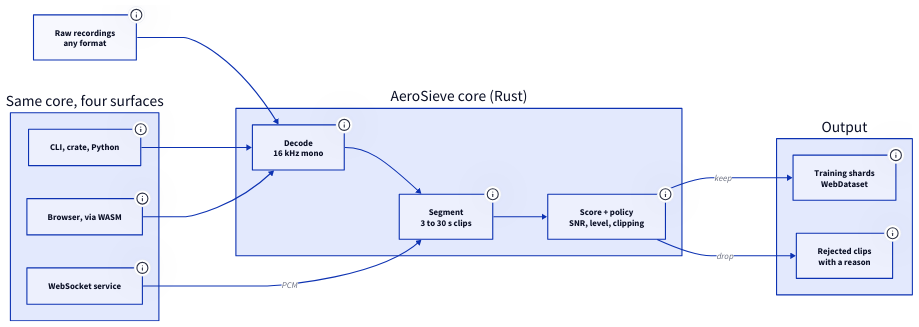
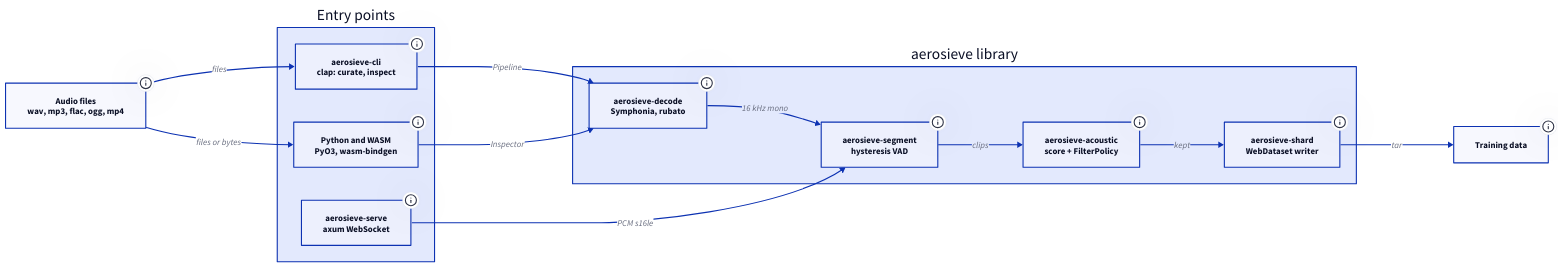
One commit to kunalgoesbyken/portfoliov1 changed the diagram in data/projects/diagrams/aerosieve-pipeline.d2. Above: the diagram before and after it, drawn with D2. The commit also changed 54 other files, not shown here.

Commit message:
Describe each architecture from its codebase, add stack logos, drop redundant stats and card styling

```diff
--- a/data/projects/diagrams/aerosieve-pipeline.d2
+++ b/data/projects/diagrams/aerosieve-pipeline.d2
@@ -1,58 +1,57 @@
 direction: right
 
-surfaces: Same core, four surfaces {
+audio: Audio files\nwav, mp3, flac, ogg, mp4 {
+  class: external
+  tooltip: "Recordings from any source. Real corpora are full of silence, hiss, clipping, test tones and phone-line audio."
+}
+
+entry: Entry points {
   class: zone
-  batch: CLI, crate, Python {
+  cli: aerosieve-cli\nclap: curate, inspect {
     class: client
-    tooltip: "aerosieve-cli on crates.io, the Rust library, and PyO3 bindings for Python. Batch runs inspect files in parallel with rayon and write results in input order, so shards are byte-identical to a single-threaded run."
+    tooltip: "The aerosieve binary. curate writes shards and prints rejection counts by reason. inspect prints one verdict per clip and writes nothing. --policy loads threshold overrides from JSON."
   }
-  live: WebSocket service {
+  bindings: Python and WASM\nPyO3, wasm-bindgen {
     class: client
-    tooltip: "axum and tokio. Memory per session is bounded by the utterance in progress, and sessions and frame sizes are capped. It held 1,000 concurrent streams on a 4-core laptop with verdicts at 14.8 ms p95 and zero failures."
+    tooltip: "bindings/python (inspect and curate, built with maturin) and bindings/wasm (the browser demo). The WASM build decodes and scores once, then re-applies a policy to stored measurements on every slider move."
   }
-  wasm: Browser, via WASM {
+  serve: aerosieve-serve\naxum WebSocket {
     class: client
-    tooltip: "Decode, segment and score compiled to a 1.7 MB WebAssembly module. Audio never leaves the page, and moving a threshold re-applies the policy to stored measurements without decoding again."
+    tooltip: "Serves /v1/stream, /metrics and /healthz. Each session holds a LiveInspector. Sessions, utterance length, frame size and idle time are capped, and a hand-written histogram tracks decision latency."
   }
 }
 
-audio: Raw recordings\nany format {
-  class: external
-  tooltip: "wav, mp3, flac, ogg or mp4 from any source. Real corpora are full of silence, hiss, clipping, test tones and phone-line audio."
+core: aerosieve library {
+  class: zone
+  decode: aerosieve-decode\nSymphonia, rubato {
+    class: service
+    tooltip: "Decodes any container Symphonia can read, downmixes, resamples to 16 kHz and levels RMS toward -20 dBFS within 3 dB. It keeps the applied gain so full_scale() can recover the source's own peak."
+  }
+  segment: aerosieve-segment\nhysteresis VAD {
+    class: service
+    tooltip: "A SpeechDetector scores each 32 ms window. EnergyDetector is the default and Silero via ONNX Runtime is a cargo feature. A state machine ends a clip after 500 ms of quiet, keeps 3 to 30 s, and cuts long runs at their deepest dip."
+  }
+  acoustic: aerosieve-acoustic\nscore + FilterPolicy {
+    class: service
+    tooltip: "score returns WADA-SNR, RMS dBFS, clip ratio and spectral flatness, with no ML model. FilterPolicy::evaluate returns the first failing RejectReason, or none if the clip is kept."
+  }
+  shard: aerosieve-shard\nWebDataset writer {
+    class: service
+    tooltip: "Writes each kept clip as a .wav and .json pair in shard-*.tar, plus manifest.jsonl and stats.json. Shards are built in a staging directory and renamed into the output directory when complete."
+  }
+  decode -> segment: 16 kHz mono
+  segment -> acoustic: clips
+  acoustic -> shard: kept
 }
 
-core: AeroSieve core (Rust) {
-  class: zone
-  decode: Decode\n16 kHz mono {
-    class: service
-    tooltip: "Converts to 16 kHz mono and levels loudness, but remembers the source full scale. Without that, leveling hid clipping; the benchmark caught this bug."
-  }
-  segment: Segment\n3 to 30 s clips {
-    class: service
-    tooltip: "A hysteresis state machine modelled on Silero speech timestamps: start above one threshold, continue above a lower one, end after 500 ms of quiet. Bridging short pauses raised kept Hindi speech from 16.4 to 25.6 minutes. Batch mode is this same streaming segmenter fed the whole file."
-  }
-  score: Score + policy\nSNR, level, clipping {
-    class: service
-    tooltip: "Four deterministic numbers with no ML model: WADA-SNR, RMS level, clip ratio and spectral flatness over 300 to 3400 Hz. Measurement and judgement are separate, so thresholds change without re-reading audio."
-  }
-  decode -> segment -> score
+out: Training data {
+  class: store
+  tooltip: "shard-*.tar, manifest.jsonl and stats.json in the output directory. Only kept clips are stored. Rejection reasons are counted in the run totals and shown per clip by inspect and the live service."
 }
 
-out: Output {
-  class: zone
-  shards: Training shards\nWebDataset {
-    class: store
-    tooltip: "Tar shards with audio plus JSON per clip, a manifest.jsonl and stats.json, ready for a training data loader."
-  }
-  rejects: Rejected clips\nwith a reason {
-    class: store
-    tooltip: "Every dropped clip names its first failing check: low_snr, clipping, tonal, too_quiet, too_loud or silence. SieveBench caught 24,385 of 24,409 injected defects and named the right one for all but 2."
-  }
-}
-
-audio -> core.decode
-surfaces.batch -> core.decode
-surfaces.live -> core.segment: PCM
-surfaces.wasm -> core.decode
-core.score -> out.shards: keep
-core.score -> out.rejects: drop
+audio -> entry.cli: files
+audio -> entry.bindings: files or bytes
+entry.cli -> core.decode: Pipeline
+entry.bindings -> core.decode: Inspector
+entry.serve -> core.segment: PCM s16le
+core.shard -> out: tar
```
